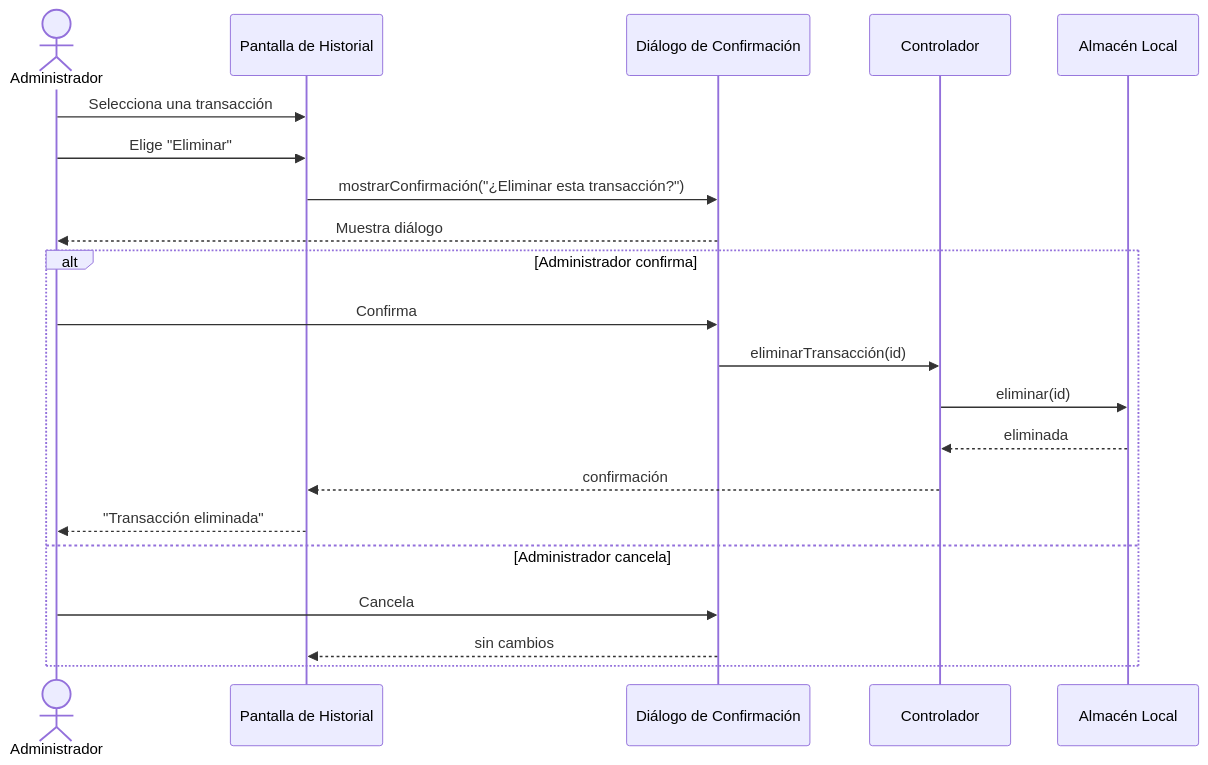
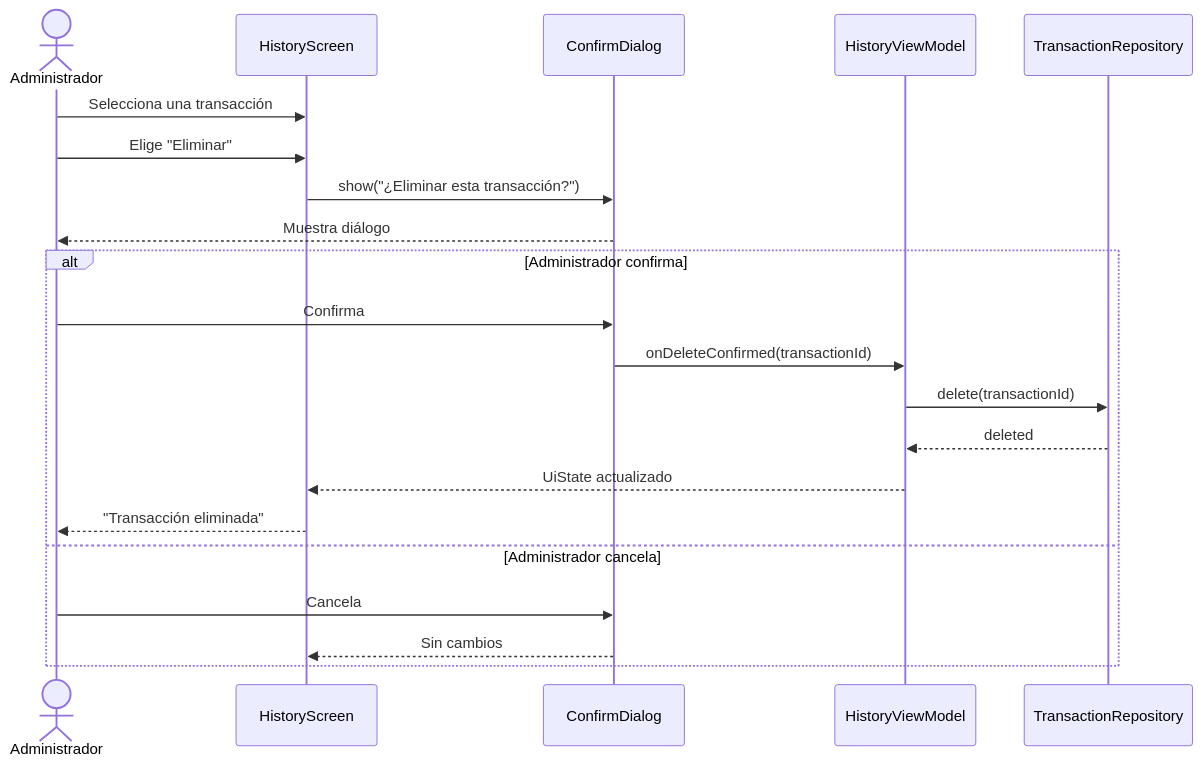
The fourth of 6 diagrams in docs/3-casos-uso-uml/diagramas_secuencia.md (Mundolel/SGE), drawn with Mermaid before and after one commit. The commit also changed other lines of this file and 2 other files, not shown here.

First line of the commit message:
docs: align UML deliverables with architecture ADRs (#28)

````diff
--- a/docs/3-casos-uso-uml/diagramas_secuencia.md
+++ b/docs/3-casos-uso-uml/diagramas_secuencia.md
@@ -129,25 +140,25 @@
 ```mermaid
 sequenceDiagram
     actor Admin as Administrador
-    participant UIHist as Pantalla de Historial
-    participant Dialog as Diálogo de Confirmación
-    participant Ctrl as Controlador
-    participant Repo as Almacén Local
+    participant Hist as HistoryScreen
+    participant Dialog as ConfirmDialog
+    participant VM as HistoryViewModel
+    participant Repo as TransactionRepository
 
-    Admin->>UIHist: Selecciona una transacción
-    Admin->>UIHist: Elige "Eliminar"
-    UIHist->>Dialog: mostrarConfirmación("¿Eliminar esta transacción?")
+    Admin->>Hist: Selecciona una transacción
+    Admin->>Hist: Elige "Eliminar"
+    Hist->>Dialog: show("¿Eliminar esta transacción?")
     Dialog-->>Admin: Muestra diálogo
 
     alt Administrador confirma
         Admin->>Dialog: Confirma
-        Dialog->>Ctrl: eliminarTransacción(id)
-        Ctrl->>Repo: eliminar(id)
-        Repo-->>Ctrl: eliminada
-        Ctrl-->>UIHist: confirmación
-        UIHist-->>Admin: "Transacción eliminada"
+        Dialog->>VM: onDeleteConfirmed(transactionId)
+        VM->>Repo: delete(transactionId)
+        Repo-->>VM: deleted
+        VM-->>Hist: UiState actualizado
+        Hist-->>Admin: "Transacción eliminada"
     else Administrador cancela
         Admin->>Dialog: Cancela
-        Dialog-->>UIHist: sin cambios
+        Dialog-->>Hist: Sin cambios
     end
 ```
````
